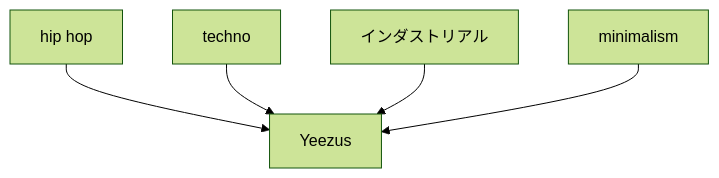
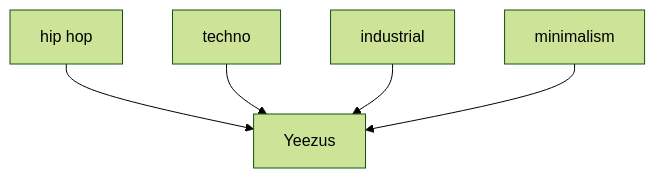
The eighth of 10 diagrams in en/_posts/2026-07-02-column-influential-album-04.md (monumental-movement/monumental-movement.github.io), drawn with Mermaid (forest theme) before and after one commit. The commit also changed other lines of this file and 851 other files, not shown here.

```diff
--- a/en/_posts/2026-07-02-column-influential-album-04.md
+++ b/en/_posts/2026-07-02-column-influential-album-04.md
@@ -867,14 +867,14 @@
 <div class="mermaid">
 flowchart TD
 A[hip hop]
 B[techno]
-C[インダストリアル]
+C[industrial]
 D[minimalism]
 E[Yeezus]
 
 A --> E
 B --> E
 C --> E
 D --> E
 
 </div>
```
